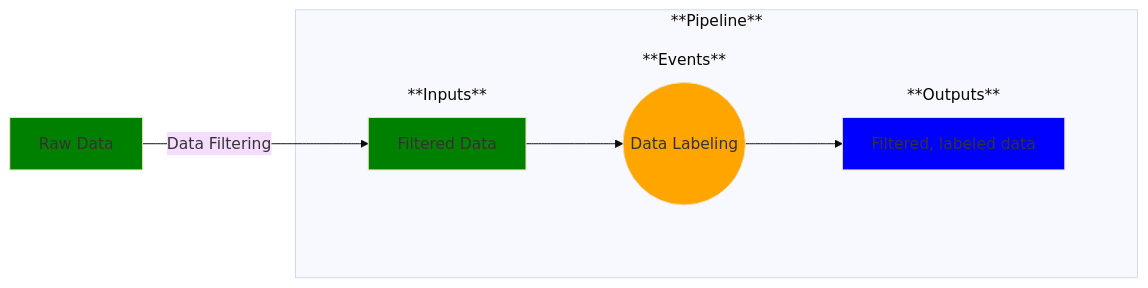
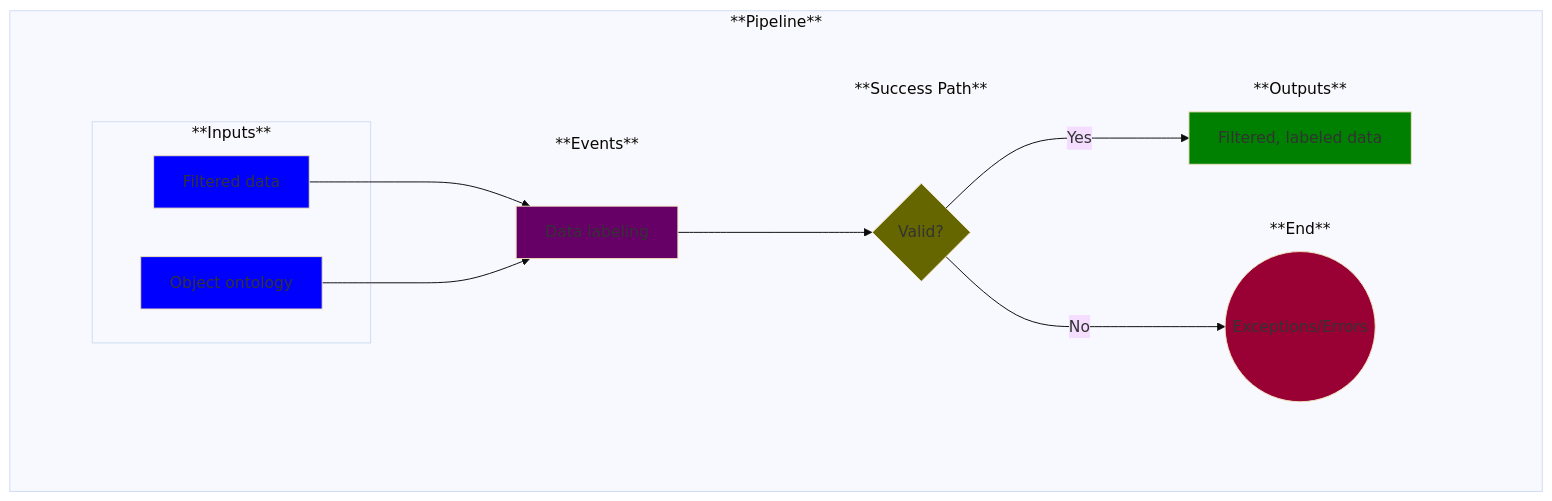
The diagram in use-cases/3-data-labeling.md (MLOps-OpenAPI/arch-diagrams), drawn with Mermaid (base theme) before and after one commit. The commit also changed other lines of this file and 2 other files, not shown here.

Commit message:
Revised UC1-3 with common template

````diff
--- a/use-cases/3-data-labeling.md
+++ b/use-cases/3-data-labeling.md
@@ -16,55 +16,73 @@
 ```mermaid
 
 %% Creating a left-to-right flowchart
 %% Learn the syntax here: https://mermaid.js.org/syntax/flowchart.html
 %% Note: flowchart and graph are the same in Mermaid
 graph LR;
 
     %% Define the common flow items:
-    A--> | Data Filtering | B 
     %%A--> B
     %%B-->C
     subgraph Pipeline ["**Pipeline**"]
         
         %% Add an empty node to overcome some formatting issues
         subgraph invisibleSpace["<br/>"]
 
             %% Add the rest of the nodes
             subgraph Inputs ["**Inputs**"]
-                B 
+                A1
+            end
+            subgraph Inputs ["**Inputs**"]
+                A2
             end
             subgraph Events ["**Events**"]
+                B
+            end
+            subgraph Success ["**Success Path**"]
                 C
             end
-            subgraph Outputs ["**Outputs**"]
+            subgraph End ["**End**"]
                 D
             end
+            subgraph Outputs ["**Outputs**"]
+                E
+            end
         end
+        A1-->B
+        A2-->B
         B-->C
         %%C--> | test text | D
-        C-->D
-        %%D--> | test text | E
+        C--> | No | D
+        C--> | Yes | E
     end
 
     %% Now label and style the blocks
     %% Note: You could have done this above, but I find this to be cleaner and easier to manage
 
-    A[Raw Data]
-    style A fill:green
+    A1[Filtered data]
+    style A1 fill:blue
 
-    B[Filtered Data]
-    style B fill:green
+    A2[Object ontology]
+    style A2 fill:blue
 
-    C((Data Labeling))
-    style C fill:orange
+    B[Data labeling]
+    style B fill:#660066
 
-    D[Filtered, labeled data]
-    style D fill:blue
+    C{Valid?}
+    style C fill:#666600
+
+    D((Exceptions/Errors))
+    style D fill:#990033
+
+    E[Filtered, labeled data]
+    style E fill:green
 
     %% Remove unnecessary box outlines
     style invisibleSpace stroke-width:0
     style Inputs stroke-width:0
     style Events stroke-width:0
+    style Success stroke-width:0
     style Outputs stroke-width:0
+    style End stroke-width:0
 
 ```
````
